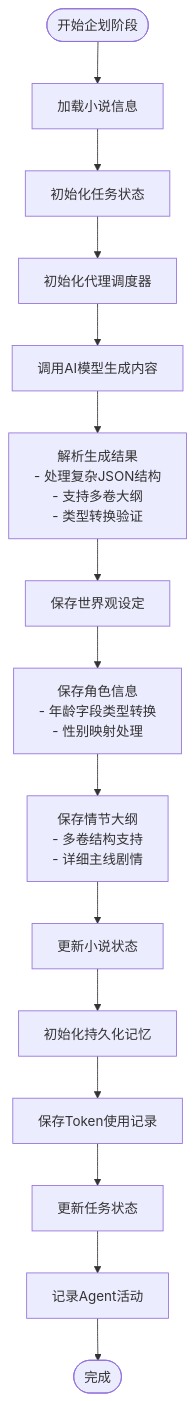
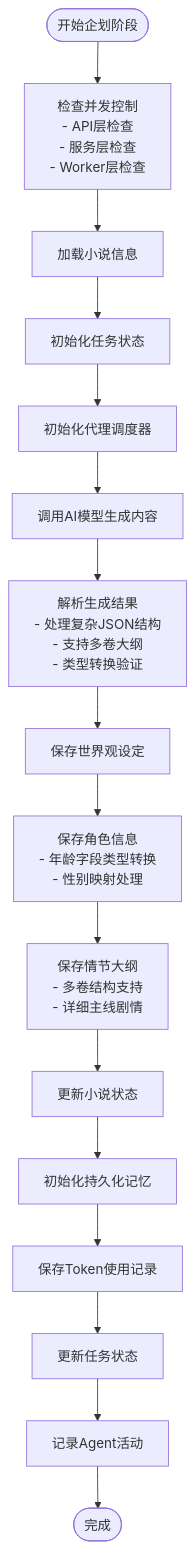
Before and after one commit to xfbyxq/ai-novel-system: the fourth of 11 diagrams in .qoder/repowiki/zh/content/Generation Service.md, drawn with Mermaid. The commit also changed other lines of this file and 17 other files, not shown here.

````diff
--- a/.qoder/repowiki/zh/content/Generation Service.md
+++ b/.qoder/repowiki/zh/content/Generation Service.md
@@ -235,17 +255,18 @@
 ```mermaid
 flowchart TD
-Start([开始企划阶段]) --> LoadNovel["加载小说信息"]
+Start([开始企划阶段]) --> CheckConcurrency["检查并发控制<br/>- API层检查<br/>- 服务层检查<br/>- Worker层检查"]
+CheckConcurrency --> LoadNovel["加载小说信息"]
 LoadNovel --> InitTask["初始化任务状态"]
 InitTask --> InitAgent["初始化代理调度器"]
 InitAgent --> CallLLM["调用AI模型生成内容"]
 CallLLM --> ParseResult["解析生成结果<br/>- 处理复杂JSON结构<br/>- 支持多卷大纲<br/>- 类型转换验证"]
 ParseResult --> SaveWorld["保存世界观设定"]
 SaveWorld --> SaveCharacters["保存角色信息<br/>- 年龄字段类型转换<br/>- 性别映射处理"]
 SaveCharacters --> SaveOutline["保存情节大纲<br/>- 多卷结构支持<br/>- 详细主线剧情"]
 SaveOutline --> UpdateNovel["更新小说状态"]
 UpdateNovel --> InitMemory["初始化持久化记忆"]
 InitMemory --> SaveTokens["保存Token使用记录"]
 SaveTokens --> UpdateTask["更新任务状态"]
 UpdateTask --> RecordActivities["记录Agent活动"]
 RecordActivities --> End([完成])
 ```
````
